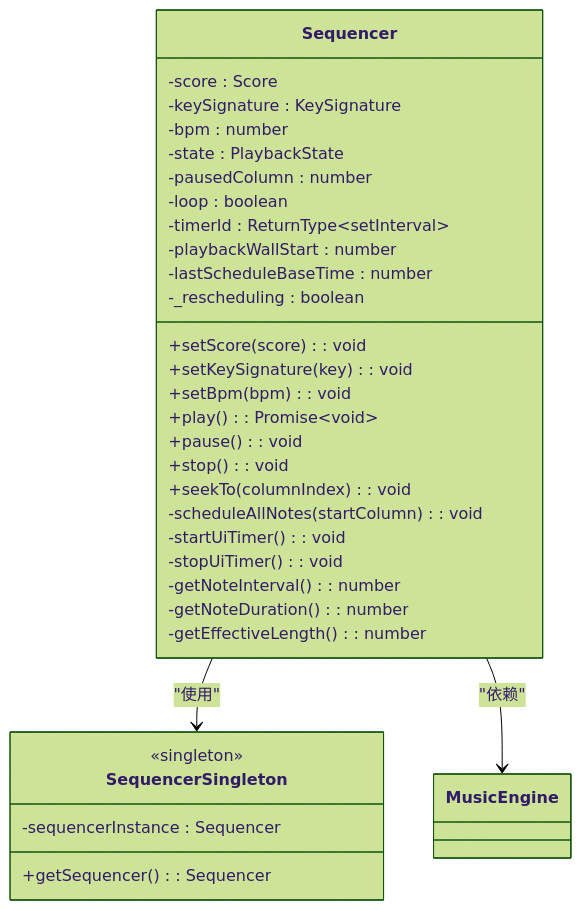
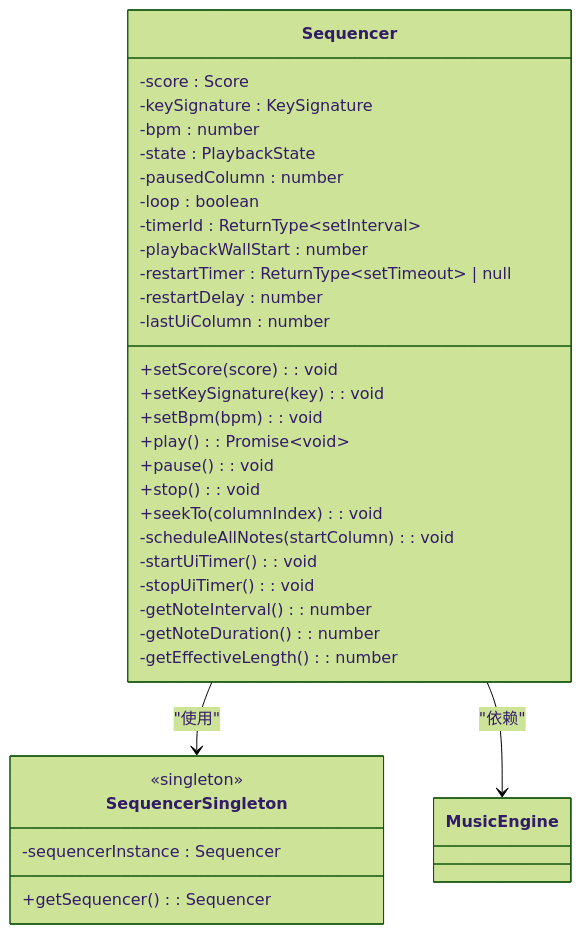
Before and after one commit to wingmeng/SUBOR-Music-Board: the fifth of 8 diagrams in wiki/核心架构设计/核心架构设计.md, drawn with Mermaid (forest theme). The commit also changed 45 other files, not shown here.

````diff
--- a/wiki/核心架构设计/核心架构设计.md
+++ b/wiki/核心架构设计/核心架构设计.md
@@ -234,35 +234,36 @@
 ```mermaid
 classDiagram
 class Sequencer {
 -score : Score
 -keySignature : KeySignature
 -bpm : number
 -state : PlaybackState
 -pausedColumn : number
 -loop : boolean
 -timerId : ReturnType~setInterval~
 -playbackWallStart : number
--lastScheduleBaseTime : number
--_rescheduling : boolean
+-restartTimer : ReturnType~setTimeout~ | null
+-restartDelay : number
+-lastUiColumn : number
 +setScore(score) : void
 +setKeySignature(key) : void
 +setBpm(bpm) : void
 +play() : Promise~void~
 +pause() : void
 +stop() : void
 +seekTo(columnIndex) : void
 -scheduleAllNotes(startColumn) : void
 -startUiTimer() : void
 -stopUiTimer() : void
 -getNoteInterval() : number
 -getNoteDuration() : number
 -getEffectiveLength() : number
 }
 class SequencerSingleton {
 <<singleton>>
 -sequencerInstance : Sequencer
 +getSequencer() : Sequencer
 }
 Sequencer --> SequencerSingleton : "使用"
 Sequencer --> MusicEngine : "依赖"
 ```
````
